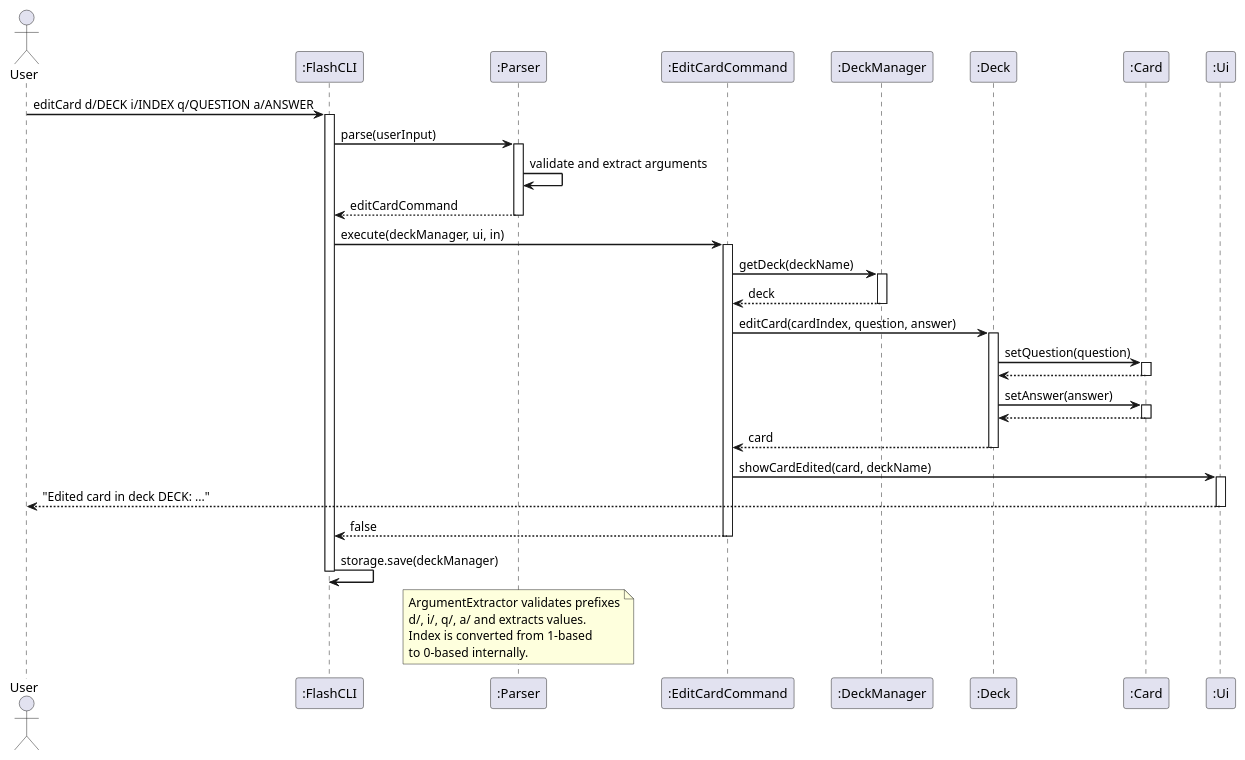
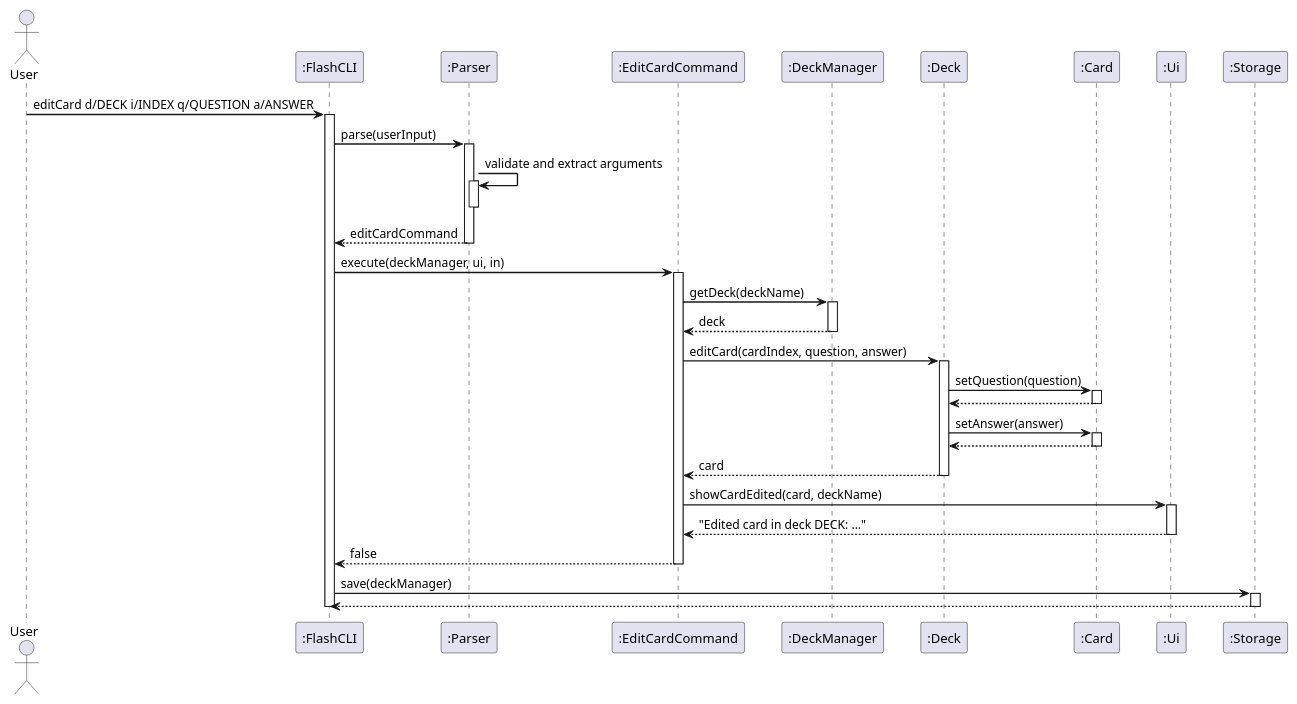
One commit to Advait-B/tp changed the diagram in docs/diagrams/card_rename.puml. Above: the diagram before and after it, drawn with PlantUML. The commit also changed 1 other file, not shown here.

```diff
--- a/docs/diagrams/card_rename.puml
+++ b/docs/diagrams/card_rename.puml
@@ -1,69 +1,67 @@
-@startuml
 skinparam sequenceArrowThickness 1.5
 skinparam SequenceBoxBorderColor Black
 skinparam ParticipantPadding 15
 skinparam sequenceGroupBorderThickness 1.5
 
 
 actor User
 participant ":FlashCLI" as FlashCLI
 participant ":Parser" as Parser
 participant ":EditCardCommand" as EditCardCommand
 participant ":DeckManager" as DeckManager
 participant ":Deck" as Deck
 participant ":Card" as Card
 participant ":Ui" as Ui
+participant ":Storage" as Storage
 
 User -> FlashCLI : editCard d/DECK i/INDEX q/QUESTION a/ANSWER
 activate FlashCLI
 
 FlashCLI -> Parser : parse(userInput)
 activate Parser
 Parser -> Parser : validate and extract arguments
+activate Parser
+deactivate Parser
 Parser --> FlashCLI : editCardCommand
 deactivate Parser
 
 FlashCLI -> EditCardCommand : execute(deckManager, ui, in)
 activate EditCardCommand
 
 EditCardCommand -> DeckManager : getDeck(deckName)
 activate DeckManager
 DeckManager --> EditCardCommand : deck
 deactivate DeckManager
 
 EditCardCommand -> Deck : editCard(cardIndex, question, answer)
 activate Deck
 
 Deck -> Card : setQuestion(question)
 activate Card
 Card --> Deck
 deactivate Card
 
 Deck -> Card : setAnswer(answer)
 activate Card
 Card --> Deck
 deactivate Card
 
 Deck --> EditCardCommand : card
 deactivate Deck
 
 EditCardCommand -> Ui : showCardEdited(card, deckName)
 activate Ui
-Ui --> User : "Edited card in deck DECK: ..."
+Ui --> EditCardCommand : "Edited card in deck DECK: ..."
 deactivate Ui
 
 EditCardCommand --> FlashCLI : false
 deactivate EditCardCommand
 
-FlashCLI -> FlashCLI : storage.save(deckManager)
+FlashCLI -> Storage : save(deckManager)
+activate Storage
+Storage --> FlashCLI
+deactivate Storage
 
 deactivate FlashCLI
 
-note over Parser
-  ArgumentExtractor validates prefixes
-  d/, i/, q/, a/ and extracts values.
-  Index is converted from 1-based
-  to 0-based internally.
-end note
-
 @enduml
```
